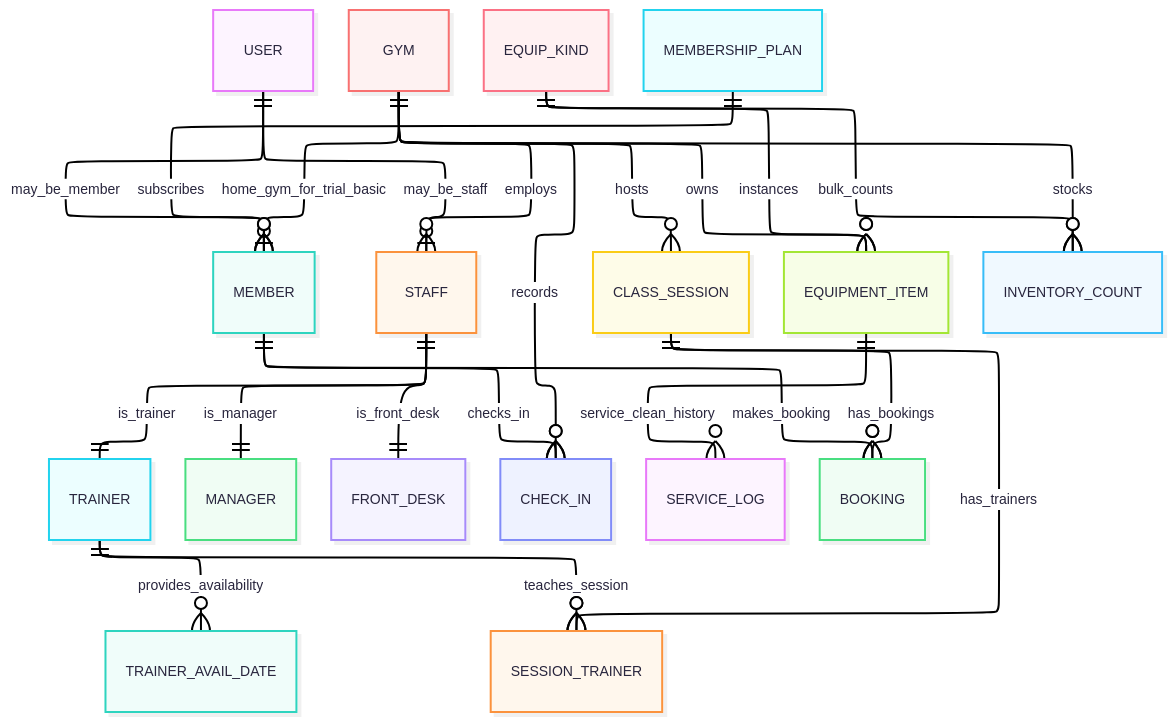
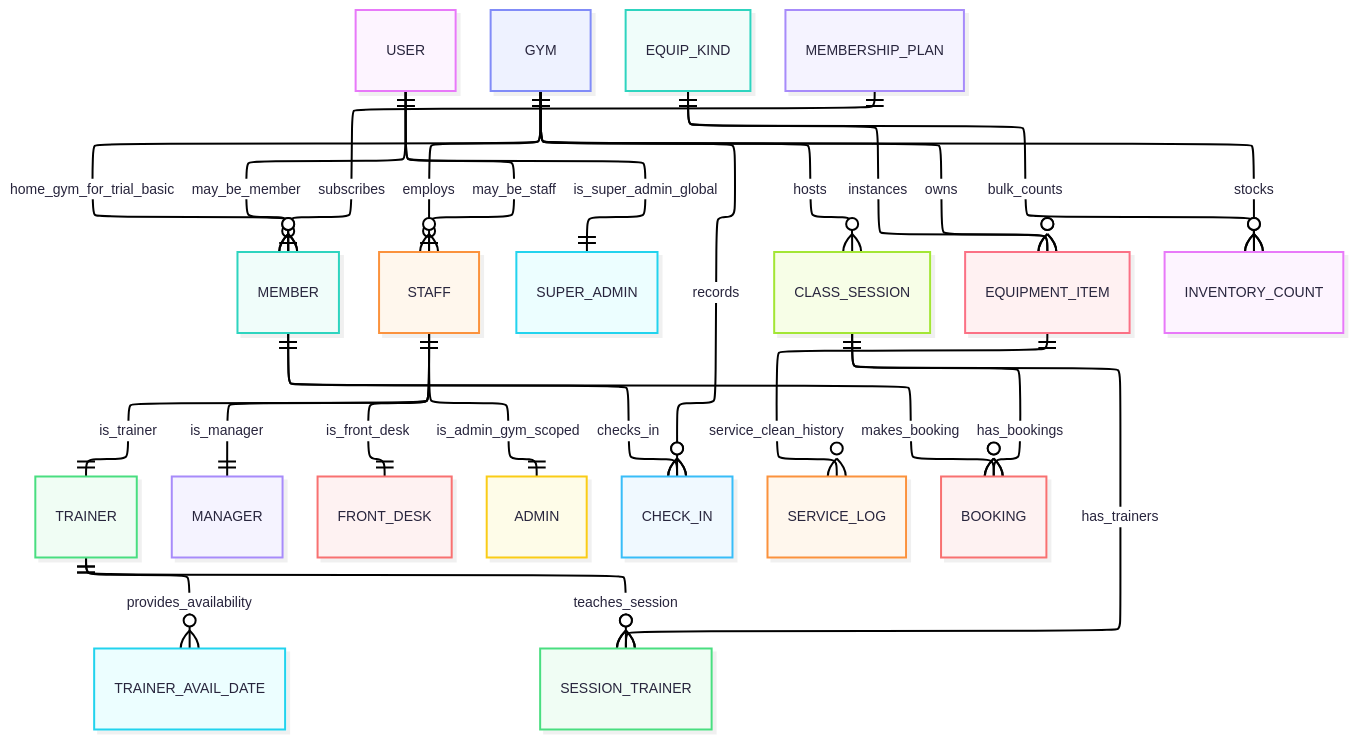
One commit to jic48-rutgers/FitDB changed the first of 5 diagrams in docs/ERDs.md. Above: the diagram before and after it, drawn with Mermaid. The commit also changed other lines of this file and 1 other file, not shown here.

````diff
--- a/docs/ERDs.md
+++ b/docs/ERDs.md
@@ -13,44 +14,46 @@
 ```mermaid
 ---
 config:
   theme: redux-color
   look: neo
   layout: elk
   elk:
     mergeEdges: True
     nodePlacementStrategy: LINEAR_SEGMENTS
 ---
 erDiagram
     %% overview - entities & relationships only (no audit tables)
 
     %% user specializations
-    USER ||--o| MEMBER : may_be_member
-    USER ||--o| STAFF  : may_be_staff
+    USER  ||--o| MEMBER      : may_be_member
+    USER  ||--o| STAFF       : may_be_staff
+    USER  ||--|| SUPER_ADMIN : is_super_admin_global
     STAFF ||--|| TRAINER     : is_trainer
     STAFF ||--|| MANAGER     : is_manager
     STAFF ||--|| FRONT_DESK  : is_front_desk
+    STAFF ||--|| ADMIN       : is_admin_gym_scoped
 
     %% gym "ownership"
     GYM ||--o{ STAFF           : employs
     GYM ||--o{ CLASS_SESSION   : hosts
     GYM ||--o{ CHECK_IN        : records
     GYM ||--o{ EQUIPMENT_ITEM  : owns
     GYM ||--o{ INVENTORY_COUNT : stocks
     GYM ||--o{ MEMBER          : home_gym_for_trial_basic
 
     %% equipment & maintenance
     EQUIP_KIND   ||--o{ EQUIPMENT_ITEM  : instances
     EQUIP_KIND   ||--o{ INVENTORY_COUNT : bulk_counts
     EQUIPMENT_ITEM ||--o{ SERVICE_LOG   : service_clean_history
 
     %% availability & class staffing
     TRAINER ||--o{ TRAINER_AVAIL_DATE : provides_availability
     CLASS_SESSION ||--o{ SESSION_TRAINER : has_trainers
     TRAINER ||--o{ SESSION_TRAINER : teaches_session
 
     %% memberships, bookings, and attendance
     MEMBERSHIP_PLAN ||--o{ MEMBER : subscribes
     CLASS_SESSION   ||--o{ BOOKING : has_bookings
     MEMBER          ||--o{ BOOKING : makes_booking
     MEMBER          ||--o{ CHECK_IN: checks_in
 ```
````
